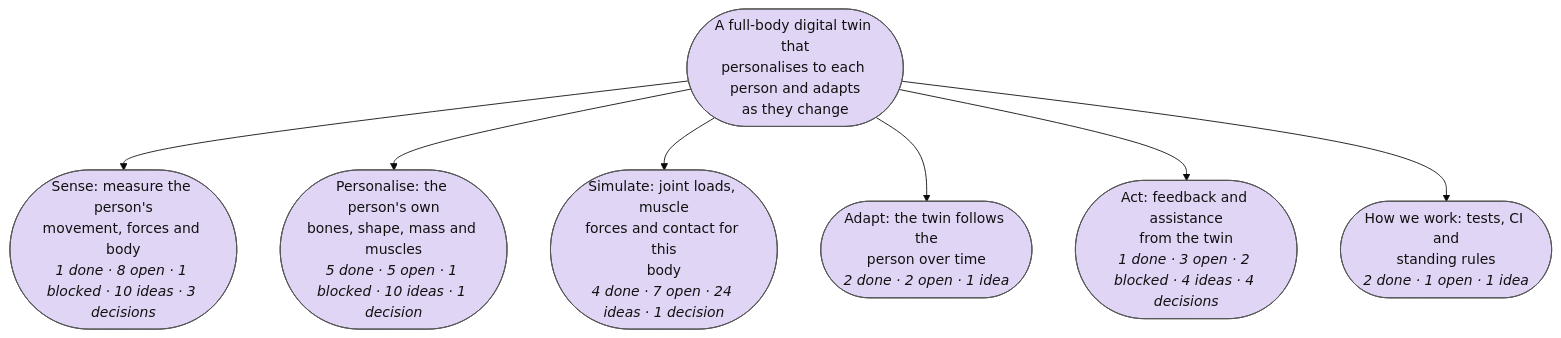
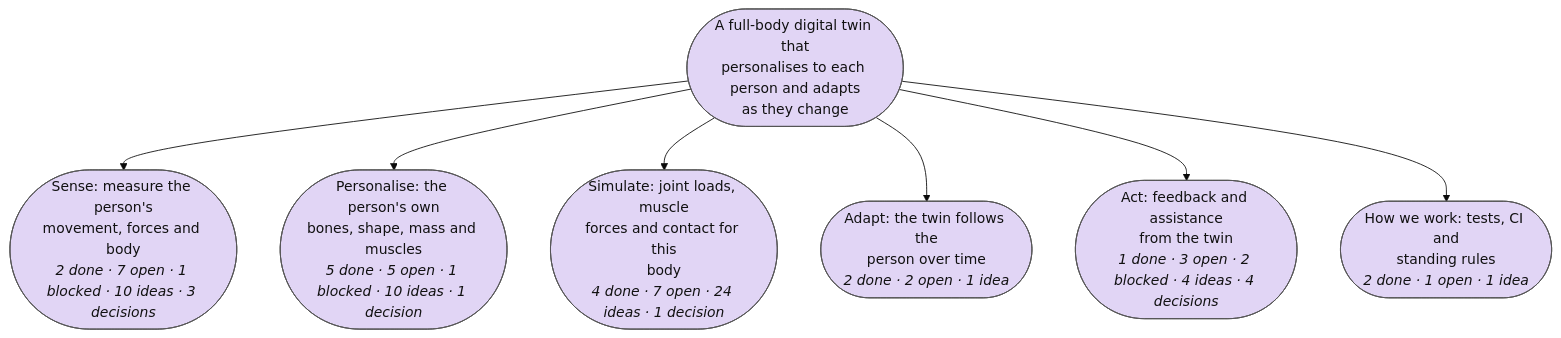
The first of 7 diagrams in plan/MAP.md (Sigurius23/Rehab-agent), drawn with Mermaid (base theme) before and after one commit. The commit also changed other lines of this file and 7 other files, not shown here.

````diff
--- a/plan/MAP.md
+++ b/plan/MAP.md
@@ -9,35 +9,35 @@
 ```mermaid
 flowchart TB
   r(["A full-body digital twin that<br/>personalises to each person and adapts<br/>as they change"]):::goal_open
-  p0(["Sense: measure the person's<br/>movement, forces and body<br/><i>1 done · 8 open · 1 blocked · 10 ideas · 3 decisions</i>"]):::goal_open
+  p0(["Sense: measure the person's<br/>movement, forces and body<br/><i>2 done · 7 open · 1 blocked · 10 ideas · 3 decisions</i>"]):::goal_open
   r --> p0
   p1(["Personalise: the person's own<br/>bones, shape, mass and muscles<br/><i>5 done · 5 open · 1 blocked · 10 ideas · 1 decision</i>"]):::goal_open
   r --> p1
   p2(["Simulate: joint loads, muscle<br/>forces and contact for this<br/>body<br/><i>4 done · 7 open · 24 ideas · 1 decision</i>"]):::goal_open
   r --> p2
   p3(["Adapt: the twin follows the<br/>person over time<br/><i>2 done · 2 open · 1 idea</i>"]):::goal_open
   r --> p3
   p4(["Act: feedback and assistance<br/>from the twin<br/><i>1 done · 3 open · 2 blocked · 4 ideas · 4 decisions</i>"]):::goal_open
   r --> p4
   p5(["How we work: tests, CI and<br/>standing rules<br/><i>2 done · 1 open · 1 idea</i>"]):::goal_open
   r --> p5
   classDef goal_open fill:#e1d5f5,stroke:#555,color:#111
   classDef goal_done fill:#c8e6c9,stroke:#555,color:#111
   classDef step_open fill:#ffffff,stroke:#555,color:#111
   classDef step_doing fill:#fff3c4,stroke:#555,color:#111
   classDef step_done fill:#c8e6c9,stroke:#555,color:#111
   classDef step_blocked fill:#ffe0b2,stroke:#555,color:#111
   classDef step_dropped fill:#eeeeee,stroke:#555,color:#111
   classDef test_planned fill:#ffffff,stroke:#555,color:#111
   classDef test_running fill:#fff3c4,stroke:#555,color:#111
   classDef test_passed fill:#c8e6c9,stroke:#555,color:#111
   classDef test_failed fill:#ffcdd2,stroke:#555,color:#111
   classDef test_mixed fill:#fff3c4,stroke:#555,color:#111
   classDef test_dropped fill:#eeeeee,stroke:#555,color:#111
   classDef idea_new fill:#d7f0f7,stroke:#555,color:#111,stroke-dasharray: 4 3
   classDef idea_promoted fill:#eeeeee,stroke:#555,color:#111,stroke-dasharray: 4 3
   classDef idea_dropped fill:#eeeeee,stroke:#555,color:#111,stroke-dasharray: 4 3
   classDef decision_open fill:#ffe0b2,stroke:#555,color:#111
   classDef decision_decided fill:#ffe0b2,stroke:#555,color:#111
   classDef external fill:#f5f5f5,stroke:#aaa,color:#777,stroke-dasharray: 2 2
 ```
````
